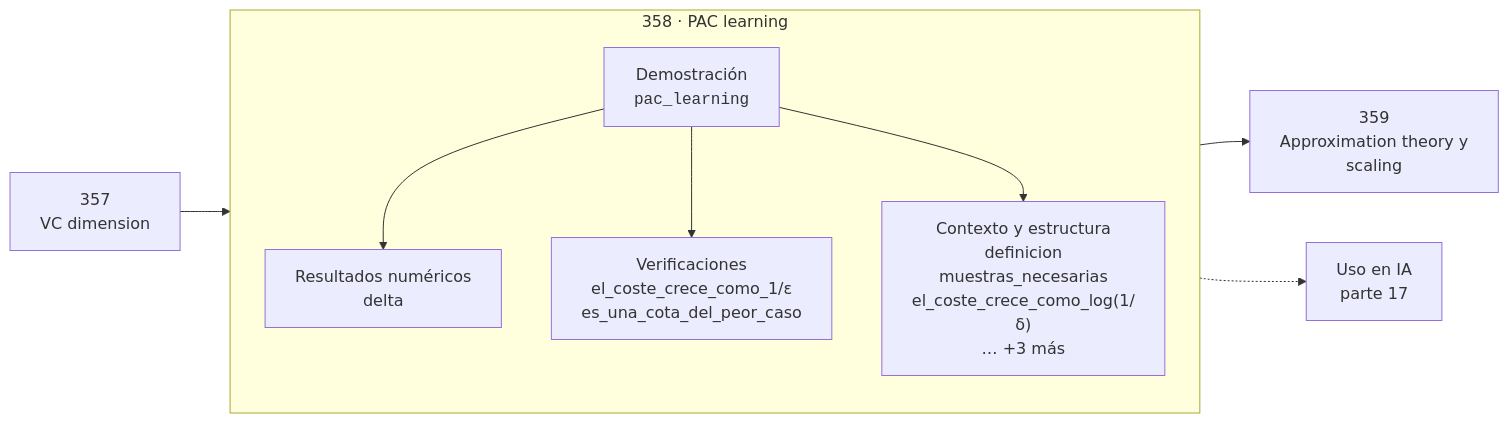
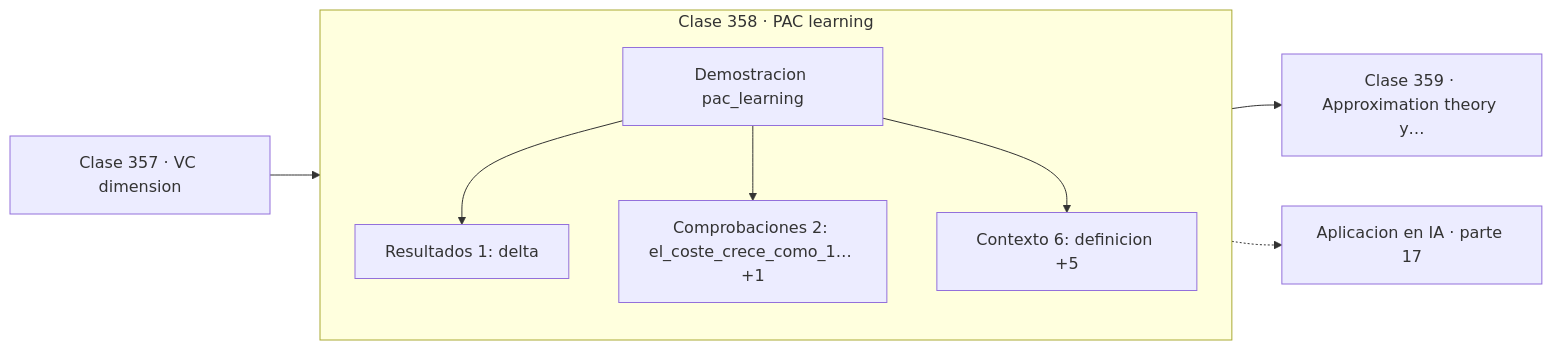
Before and after one commit to vladimiracunadev-create/computational-mathematics-program: the diagram in classes/part-17-frontera-matematica-para-ia-e-investigacion/358-pac-learning/README.md, drawn with Mermaid. The commit also changed 389 other files, not shown here.

First line of the commit message:
fix(diagramas): elimina el HTML de las etiquetas Mermaid

````diff
--- a/classes/part-17-frontera-matematica-para-ia-e-investigacion/358-pac-learning/README.md
+++ b/classes/part-17-frontera-matematica-para-ia-e-investigacion/358-pac-learning/README.md
@@ -30,12 +30,13 @@
 ```mermaid
 flowchart LR
-    P["357<br/>VC dimension"] --> C
-    subgraph C["358 · PAC learning"]
+    P["Clase 357 · VC dimension"] --> D
+    subgraph CLASE["Clase 358 · PAC learning"]
         direction TB
-        D["Demostración<br/><code>pac_learning</code>"] --> R["Resultados numéricos<br/>delta"]
-        D --> V["Verificaciones<br/>el_coste_crece_como_1/ε<br/>es_una_cota_del_peor_caso"]
-        D --> O["Contexto y estructura<br/>definicion<br/>muestras_necesarias<br/>el_coste_crece_como_log(1/δ)<br/>… +3 más"]
+        D["Demostracion pac_learning"]
+        D --> R["Resultados 1: delta"]
+        D --> V["Comprobaciones 2: el_coste_crece_como_1… +1"]
+        D --> O["Contexto 6: definicion +5"]
     end
-    C --> N["359<br/>Approximation theory y<br/>scaling"]
-    C -.-> IA["Uso en IA<br/>parte 17"]
+    R --> N["Clase 359 · Approximation theory y…"]
+    V -.-> IA["Aplicacion en IA · parte 17"]
 ```
````
